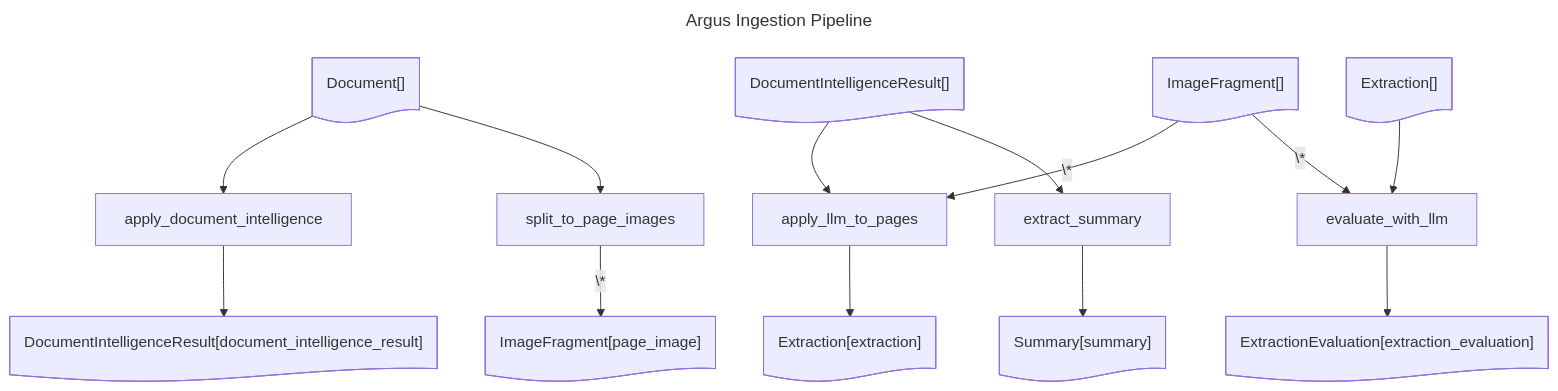
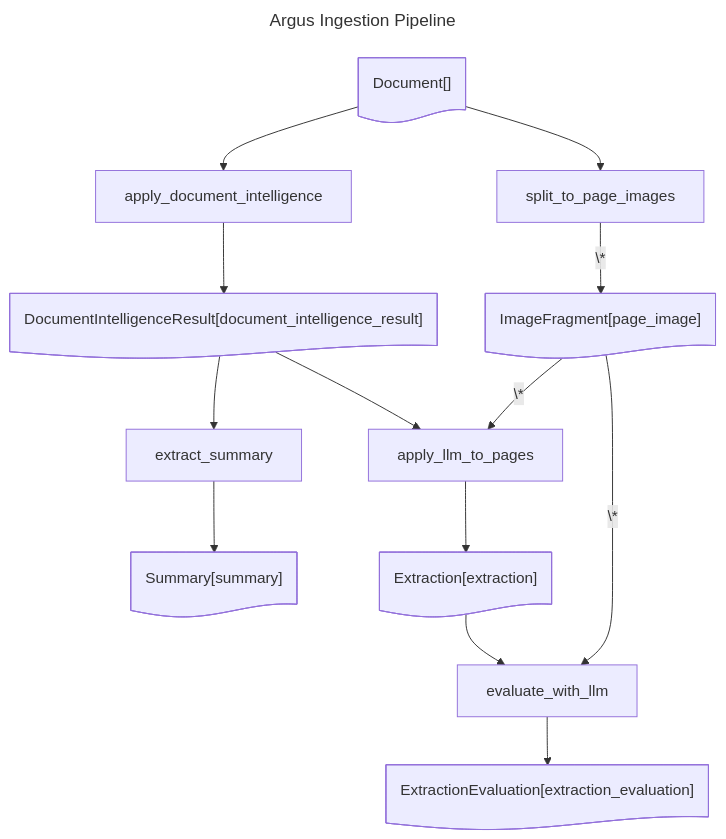
The diagram in examples/argus.md (Azure-Samples/az-ai-catalyst), drawn with Mermaid before and after one commit. The commit also changed 10 other files, not shown here.

Commit message:
Refactored mermaid diagram generation

````diff
--- a/examples/argus.md
+++ b/examples/argus.md
@@ -1,32 +1,37 @@
 ```mermaid
 ---
 title: Argus Ingestion Pipeline
 ---
 flowchart TD
-    Document_@{ shape: doc, label: "Document[]" }
+    Document@{ shape: doc, label: "Document[]" }
+
+    apply_document_intelligence@{ shape: rect, label: "apply_document_intelligence" }
+    split_to_page_images@{ shape: rect, label: "split_to_page_images" }
+    extract_summary@{ shape: rect, label: "extract_summary" }
+    apply_llm_to_pages@{ shape: rect, label: "apply_llm_to_pages" }
+    evaluate_with_llm@{ shape: rect, label: "evaluate_with_llm" }
+
     DocumentIntelligenceResult_document_intelligence_result@{ shape: doc, label: "DocumentIntelligenceResult[document_intelligence_result]" }
-    apply_document_intelligence@{ shape: rect, label: "apply_document_intelligence" }
     ImageFragment_page_image@{ shape: doc, label: "ImageFragment[page_image]" }
-    split_to_page_images@{ shape: rect, label: "split_to_page_images" }
-    DocumentIntelligenceResult_@{ shape: doc, label: "DocumentIntelligenceResult[]" }
-    ImageFragment_@{ shape: doc, label: "ImageFragment[]" }
+    Summary_summary@{ shape: doc, label: "Summary[summary]" }
     Extraction_extraction@{ shape: doc, label: "Extraction[extraction]" }
-    apply_llm_to_pages@{ shape: rect, label: "apply_llm_to_pages" }
-    Summary_summary@{ shape: doc, label: "Summary[summary]" }
-    extract_summary@{ shape: rect, label: "extract_summary" }
-    Extraction_@{ shape: doc, label: "Extraction[]" }
     ExtractionEvaluation_extraction_evaluation@{ shape: doc, label: "ExtractionEvaluation[extraction_evaluation]" }
-    evaluate_with_llm@{ shape: rect, label: "evaluate_with_llm" }
-    Document_ --> apply_document_intelligence
+
+    Document --> apply_document_intelligence
     apply_document_intelligence --> DocumentIntelligenceResult_document_intelligence_result
-    Document_ --> split_to_page_images
+
+    Document --> split_to_page_images
     split_to_page_images -- \* --> ImageFragment_page_image
-    DocumentIntelligenceResult_ --> apply_llm_to_pages
-    ImageFragment_ -- \* --> apply_llm_to_pages
+
+    DocumentIntelligenceResult_document_intelligence_result --> extract_summary
+    extract_summary --> Summary_summary
+
+    DocumentIntelligenceResult_document_intelligence_result --> apply_llm_to_pages
+    ImageFragment_page_image -- \* --> apply_llm_to_pages
     apply_llm_to_pages --> Extraction_extraction
-    DocumentIntelligenceResult_ --> extract_summary
-    extract_summary --> Summary_summary
-    Extraction_ --> evaluate_with_llm
-    ImageFragment_ -- \* --> evaluate_with_llm
+
+    Extraction_extraction --> evaluate_with_llm
+    ImageFragment_page_image -- \* --> evaluate_with_llm
     evaluate_with_llm --> ExtractionEvaluation_extraction_evaluation
+
 ```
````
